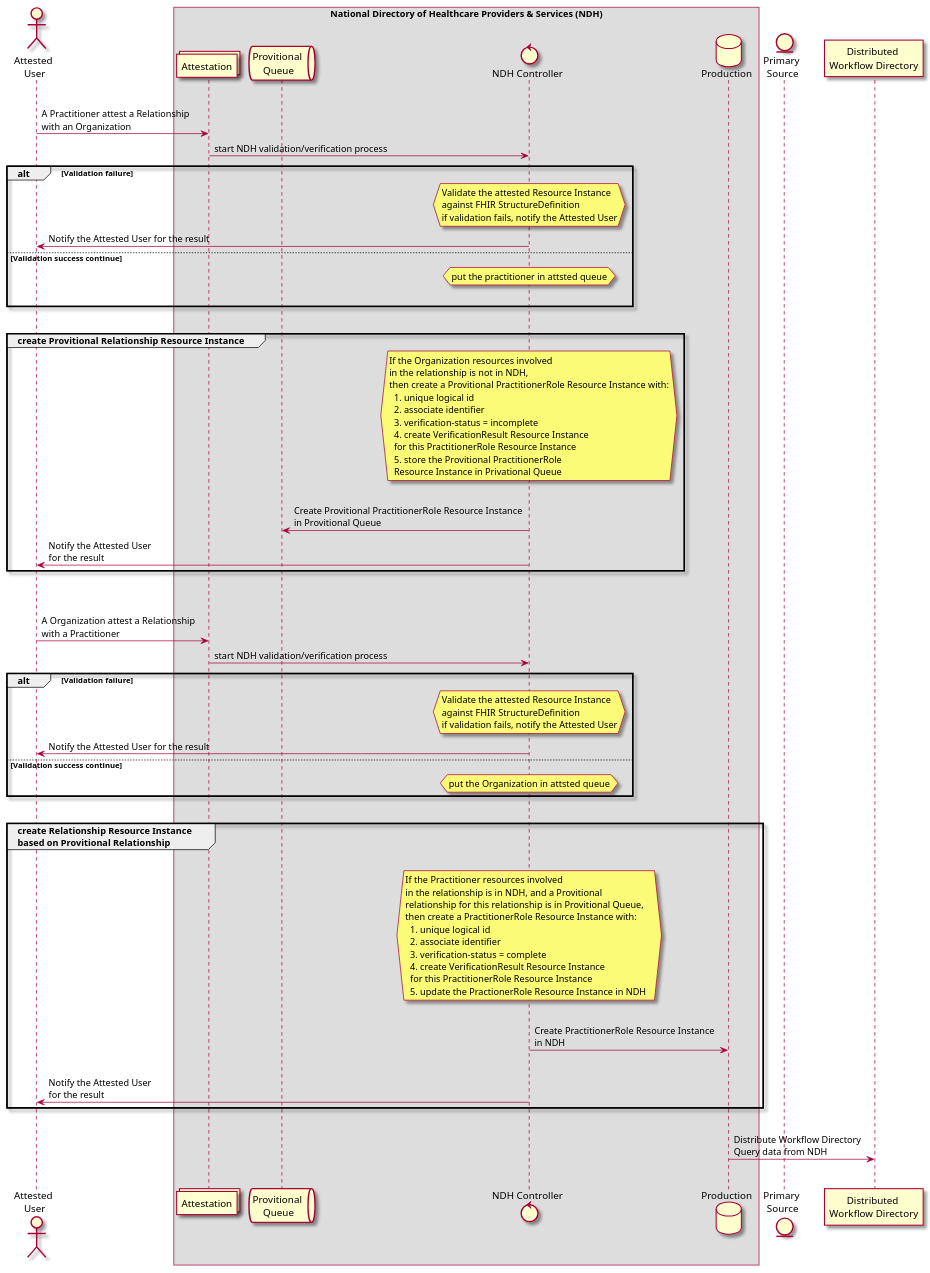
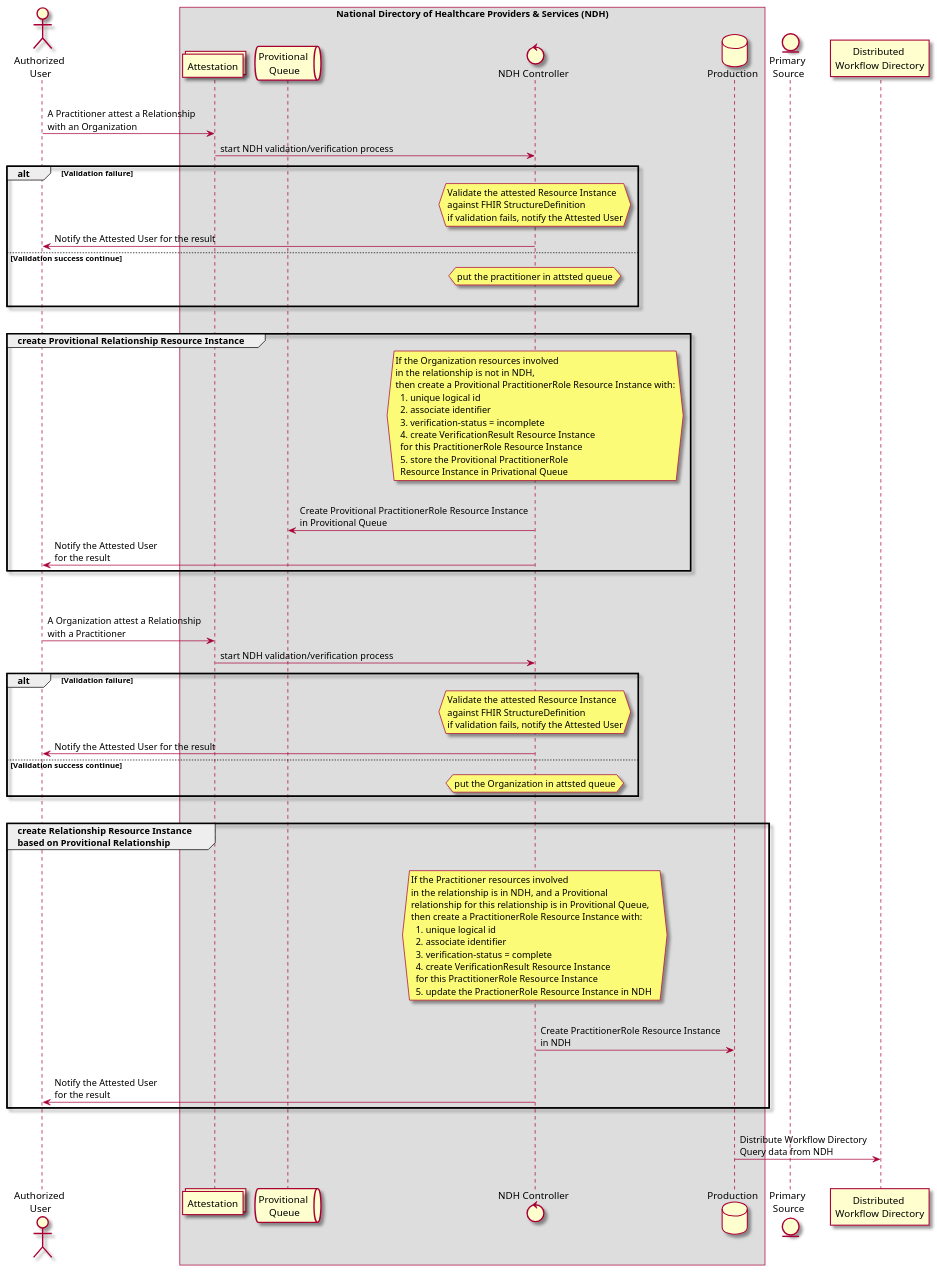
The diagram in input/images-source/AttestRelationship2.plantuml (HL7/fhir-us-ndh), drawn with PlantUML before and after one commit. The commit also changed 13 other files, not shown here.

```diff
--- a/input/images-source/AttestRelationship2.plantuml
+++ b/input/images-source/AttestRelationship2.plantuml
@@ -1,92 +1,92 @@
 @startuml
 
 skin rose 
-actor "Attested \nUser" as AU
+actor "Authorized \nUser" as AU
 box National Directory of Healthcare Providers & Services (NDH)
     collections "Attestation" as AQ
     queue "Provitional \nQueue" as PQ
     control "NDH Controller" as NC
     database "Production" as P
 end box
 entity "Primary \nSource" as PS
 participant "Distributed \nWorkflow Directory" as DWD
 |||
 AU -> AQ : A Practitioner attest a Relationship \nwith an Organization
 AQ -> NC : start NDH validation/verification process
 
 alt Validation failure
 hnote over NC
   Validate the attested Resource Instance
   against FHIR StructureDefinition
   if validation fails, notify the Attested User
 end note
 NC -> AU : Notify the Attested User for the result
 else Validation success continue
 hnote over NC 
     put the practitioner in attsted queue
 end note
 |||
 
 end
 
 |||
 group create Provitional Relationship Resource Instance
 hnote over of NC
     If the Organization resources involved 
     in the relationship is not in NDH, 
     then create a Provitional PractitionerRole Resource Instance with:
       1. unique logical id
       2. associate identifier
       3. verification-status = incomplete
       4. create VerificationResult Resource Instance 
       for this PractitionerRole Resource Instance
       5. store the Provitional PractitionerRole 
       Resource Instance in Privational Queue
 end note
 |||
 NC -> PQ : Create Provitional PractitionerRole Resource Instance \nin Provitional Queue
 NC -> AU : Notify the Attested User \nfor the result
 end
 |||
 
 group create PractionerRole based on Provitional Relationship
 AU -> AQ : A Organization attest a Relationship \nwith a Practitioner
 AQ -> NC : start NDH validation/verification process
 alt Validation failure
 hnote over NC
   Validate the attested Resource Instance
   against FHIR StructureDefinition
   if validation fails, notify the Attested User
 end note
 NC -> AU : Notify the Attested User for the result
 else Validation success continue
 hnote over NC 
     put the Organization in attsted queue
 end note
 end
 |||
 group create Relationship Resource Instance \nbased on Provitional Relationship
 |||
 hnote over of NC
     If the Practitioner resources involved 
     in the relationship is in NDH, and a Provitional
     relationship for this relationship is in Provitional Queue, 
     then create a PractitionerRole Resource Instance with:
       1. unique logical id
       2. associate identifier
       3. verification-status = complete
       4. create VerificationResult Resource Instance 
       for this PractitionerRole Resource Instance
       5. update the PractionerRole Resource Instance in NDH   
 end note
 |||
 NC -> P: Create PractitionerRole Resource Instance \nin NDH
 |||
 NC -> AU: Notify the Attested User \nfor the result
 end 
 |||
 
 P -> DWD : Distribute Workflow Directory \nQuery data from NDH
 |||
 
 @enduml
```
